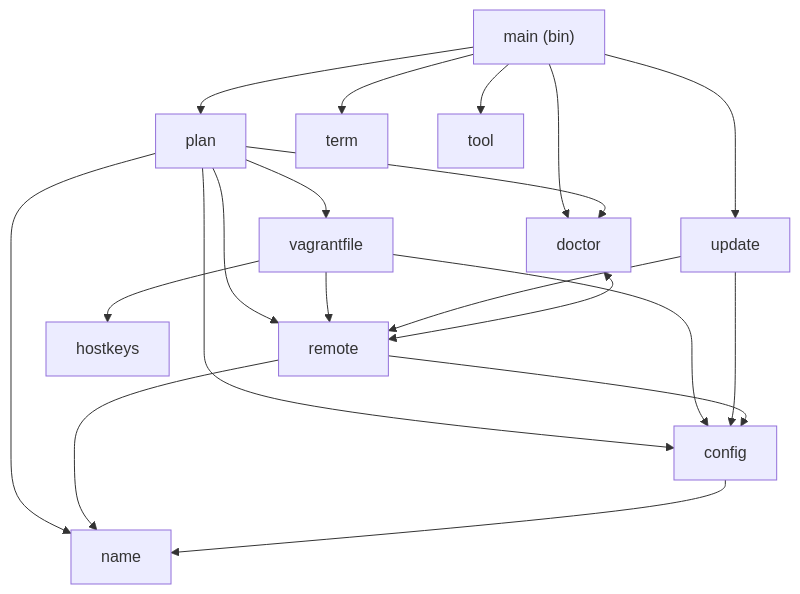
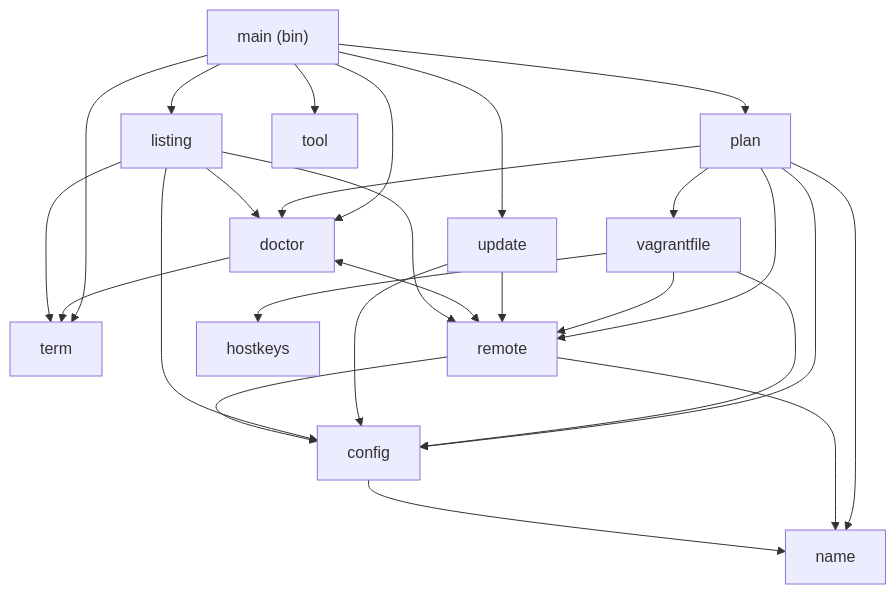
One commit to breki/bombyx changed the second of 6 diagrams in docs/architecture.md. Above: the diagram before and after it, drawn with Mermaid. The commit also changed other lines of this file and 20 other files, not shown here.

````diff
--- a/docs/architecture.md
+++ b/docs/architecture.md
@@ -138,29 +138,36 @@
 ```mermaid
 flowchart TD
   main["main (bin)"]
 
   main --> plan
   main --> update
   main --> doctor
+  main --> listing
   main --> term
   main --> tool
 
   plan --> vagrantfile
   plan --> doctor
   plan --> remote
   plan --> config
   plan --> name
 
   vagrantfile --> remote
   vagrantfile --> config
   vagrantfile --> hostkeys
 
   update --> remote
   update --> config
 
   doctor <--> remote
+  doctor --> term
+
+  listing --> remote
+  listing --> config
+  listing --> doctor
+  listing --> term
 
   remote --> config
   remote --> name
   config --> name
 ```
````
